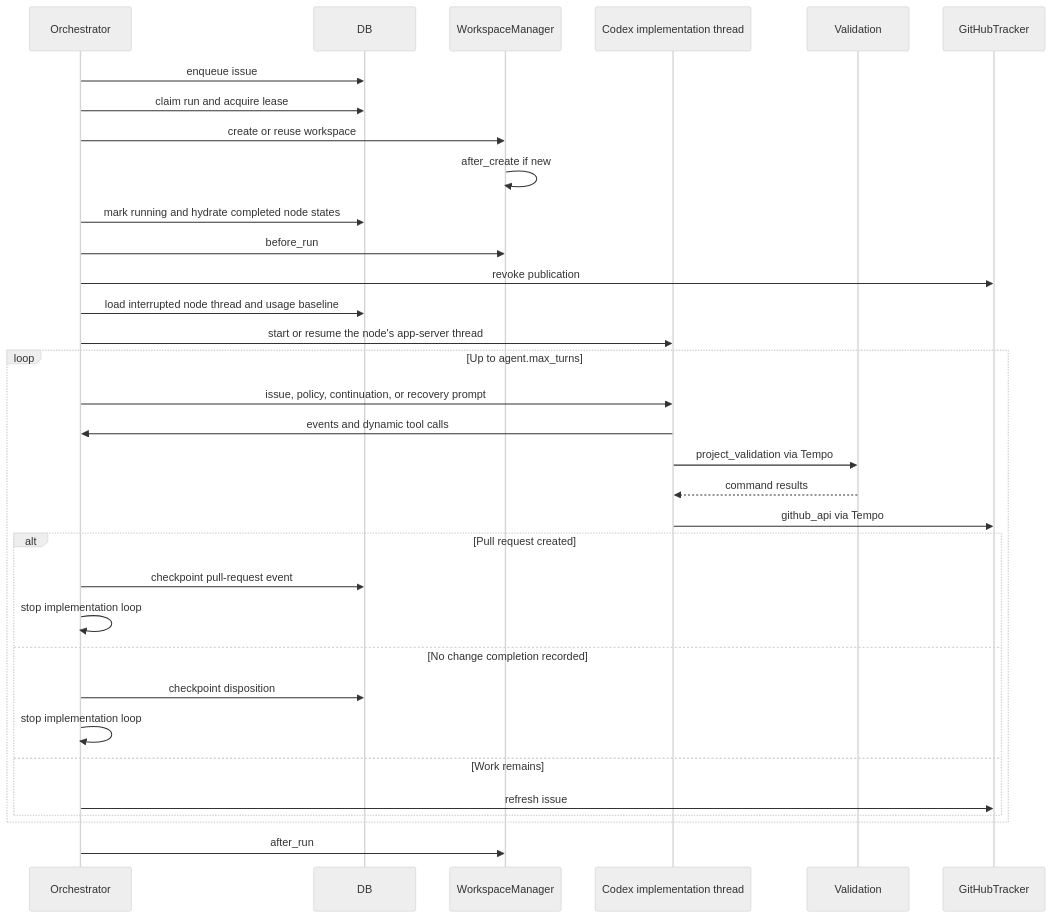
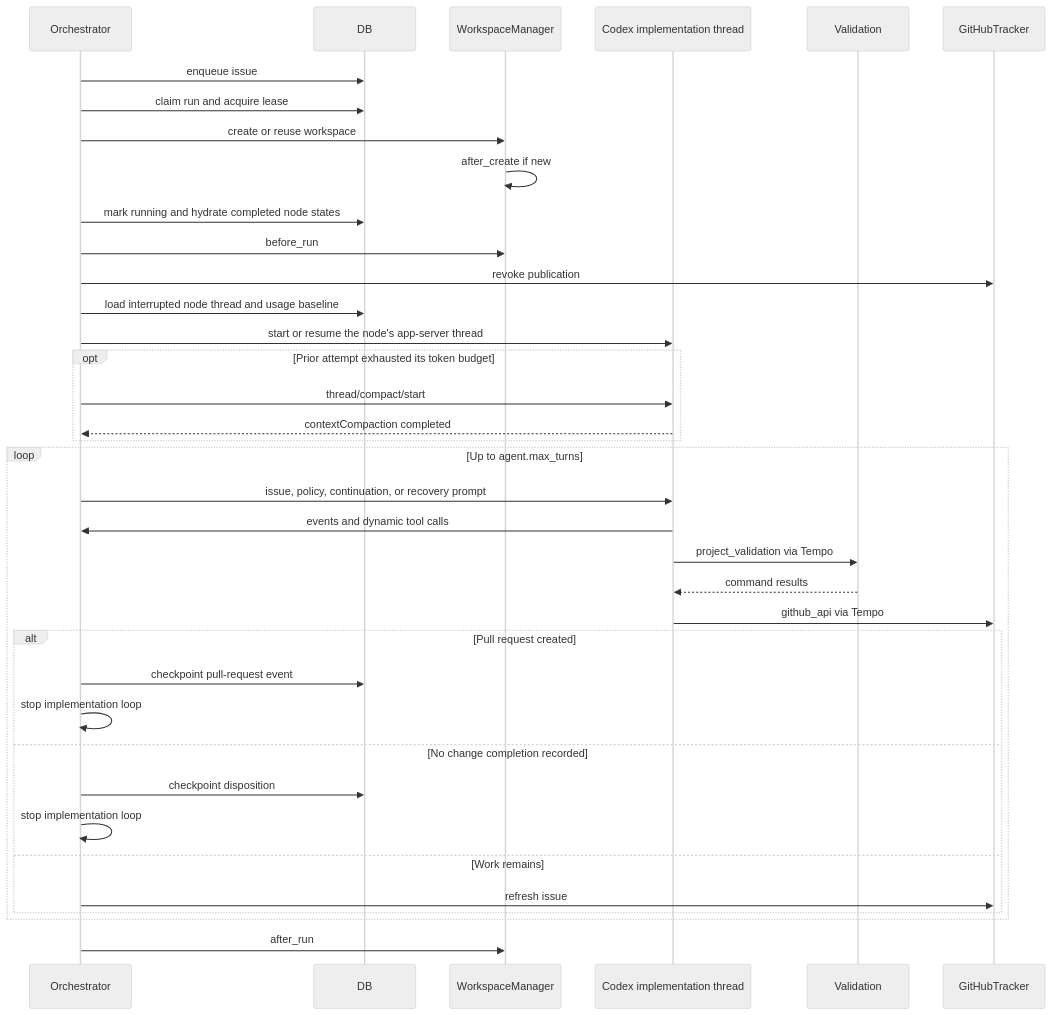
One commit to mahfouzalsheikh/tempo changed the seventh of 12 diagrams in docs/ARCHITECTURE.md. Above: the diagram before and after it, drawn with Mermaid (neutral theme). The commit also changed other lines of this file and 7 other files, not shown here.

Commit message:
fix: compact token-stopped Codex threads

````diff
--- a/docs/ARCHITECTURE.md
+++ b/docs/ARCHITECTURE.md
@@ -390,36 +390,40 @@
 ```mermaid
 sequenceDiagram
     participant O as Orchestrator
     participant DB
     participant WS as WorkspaceManager
     participant C as Codex implementation thread
     participant V as Validation
     participant G as GitHubTracker
 
     O->>DB: enqueue issue
     O->>DB: claim run and acquire lease
     O->>WS: create or reuse workspace
     WS->>WS: after_create if new
     O->>DB: mark running and hydrate completed node states
     O->>WS: before_run
     O->>G: revoke publication
     O->>DB: load interrupted node thread and usage baseline
     O->>C: start or resume the node's app-server thread
+    opt Prior attempt exhausted its token budget
+        O->>C: thread/compact/start
+        C-->>O: contextCompaction completed
+    end
     loop Up to agent.max_turns
         O->>C: issue, policy, continuation, or recovery prompt
         C->>O: events and dynamic tool calls
         C->>V: project_validation via Tempo
         V-->>C: command results
         C->>G: github_api via Tempo
         alt Pull request created
             O->>DB: checkpoint pull-request event
             O->>O: stop implementation loop
         else No change completion recorded
             O->>DB: checkpoint disposition
             O->>O: stop implementation loop
         else Work remains
             O->>G: refresh issue
         end
     end
     O->>WS: after_run
 ```
````
